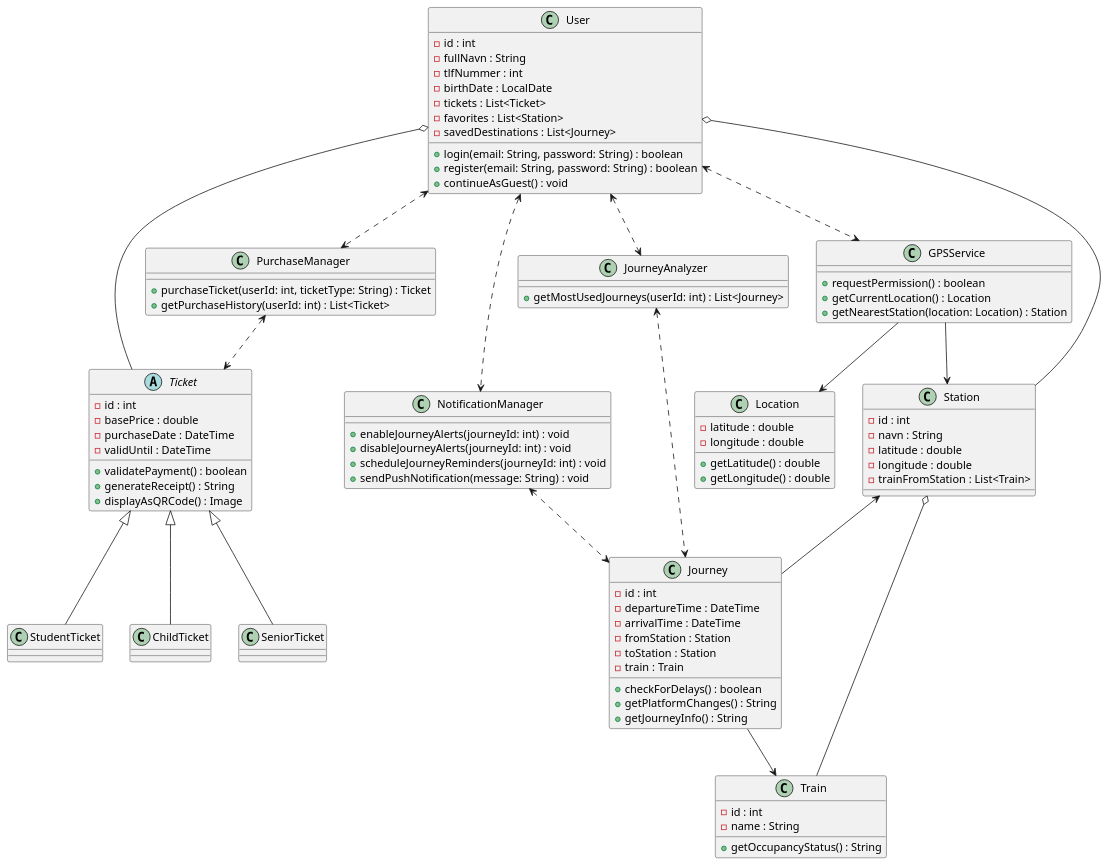
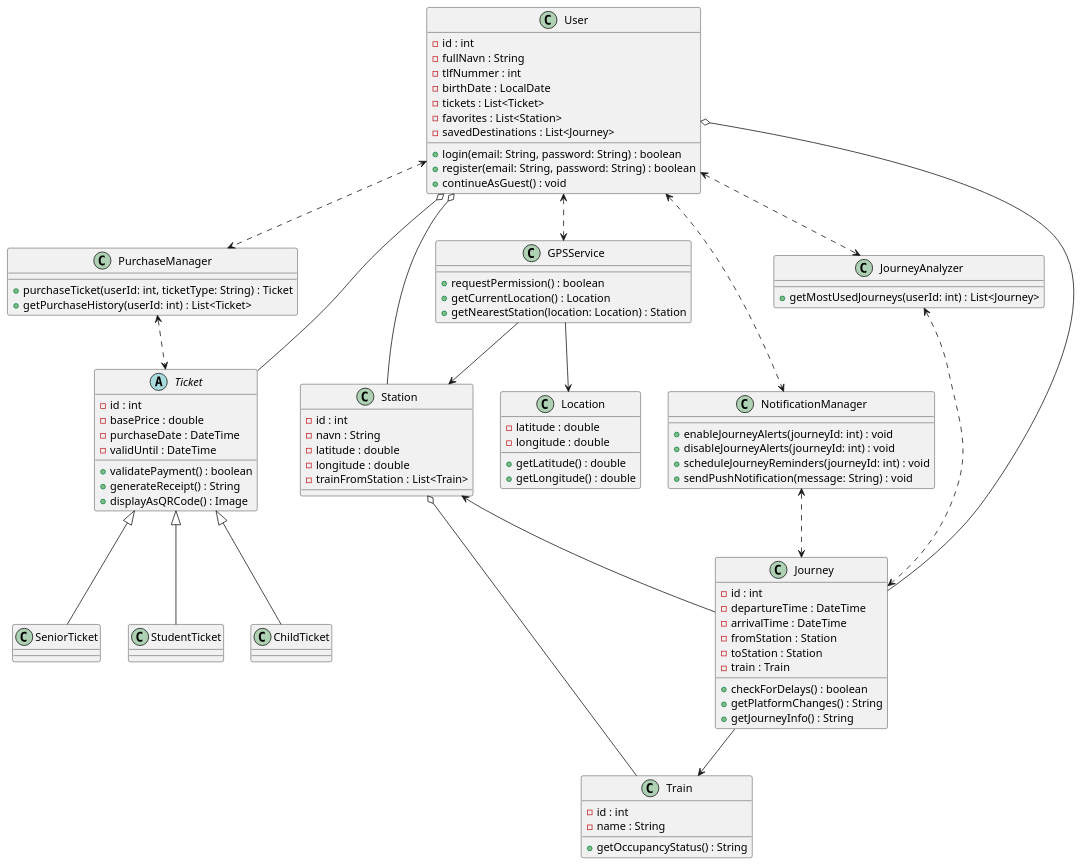
One commit to WaterIsNecessary/OnTheWay changed the diagram in classDiagram.puml. Above: the diagram before and after it, drawn with PlantUML.

Commit message:
ADDED a diamond arrow going from Journey to User

```diff
--- a/classDiagram.puml
+++ b/classDiagram.puml
@@ -1,107 +1,108 @@
 @startuml
 
 abstract class Ticket {
     - id : int
     - basePrice : double
     - purchaseDate : DateTime
     - validUntil : DateTime
     + validatePayment() : boolean
     + generateReceipt() : String
     + displayAsQRCode() : Image
 }
 
 class StudentTicket
 class ChildTicket
 class SeniorTicket
 
 Ticket <|-- StudentTicket
 Ticket <|-- ChildTicket
 Ticket <|-- SeniorTicket
 
 class User {
     - id : int
     - fullNavn : String
     - tlfNummer : int
     - birthDate : LocalDate
     - tickets : List<Ticket>
     - favorites : List<Station>
     - savedDestinations : List<Journey>
     + login(email: String, password: String) : boolean
     + register(email: String, password: String) : boolean
     + continueAsGuest() : void
 }
 
 class NotificationManager {
     + enableJourneyAlerts(journeyId: int) : void
     + disableJourneyAlerts(journeyId: int) : void
     + scheduleJourneyReminders(journeyId: int) : void
     + sendPushNotification(message: String) : void
 }
 
 class PurchaseManager {
     + purchaseTicket(userId: int, ticketType: String) : Ticket
     + getPurchaseHistory(userId: int) : List<Ticket>
 }
 
 class JourneyAnalyzer {
     + getMostUsedJourneys(userId: int) : List<Journey>
 }
 
 class GPSService {
     + requestPermission() : boolean
     + getCurrentLocation() : Location
     + getNearestStation(location: Location) : Station
 }
 
 class Location {
     - latitude : double
     - longitude : double
     + getLatitude() : double
     + getLongitude() : double
 }
 
 class Train {
     - id : int
     - name : String
     + getOccupancyStatus() : String
 }
 
 class Station {
     - id : int
     - navn : String
     - latitude : double
     - longitude : double
     - trainFromStation : List<Train>
 }
 
 class Journey {
     - id : int
     - departureTime : DateTime
     - arrivalTime : DateTime
     - fromStation : Station
     - toStation : Station
     - train : Train
     + checkForDelays() : boolean
     + getPlatformChanges() : String
     + getJourneyInfo() : String
 }
 
 User <..> NotificationManager
 User <..> PurchaseManager
 User <..> JourneyAnalyzer
 User <..> GPSService
 
 PurchaseManager <..> Ticket
 NotificationManager <..> Journey
 JourneyAnalyzer <..> Journey
 GPSService --> Station
 GPSService --> Location
 
 User o-- Ticket
 Station o-- Train
 User o-- Station
 Station <-- Journey
 Journey --> Train
+Journey --o User
 
 
 @enduml
```
